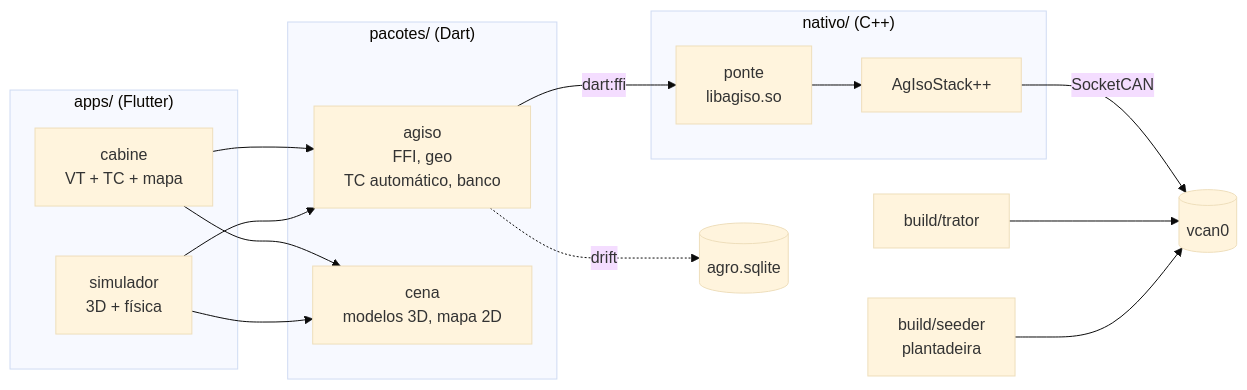
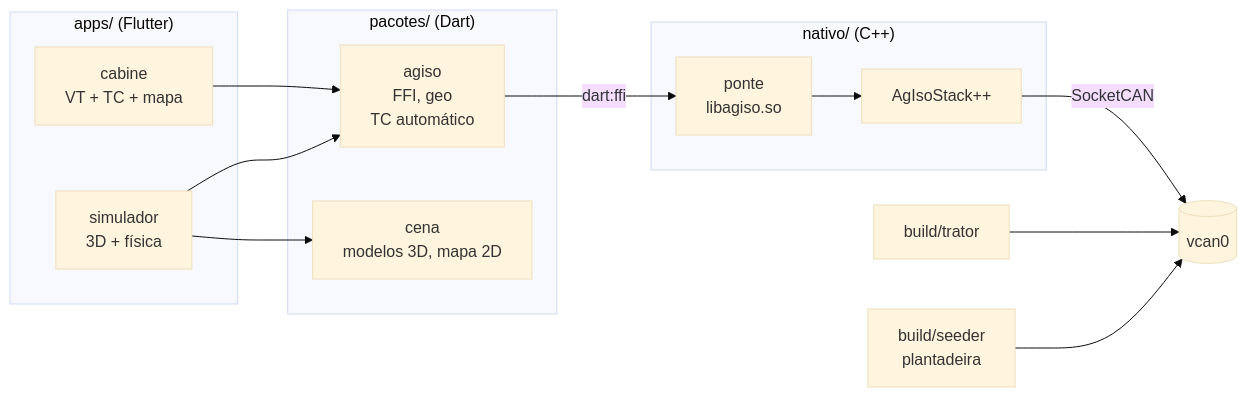
One commit to jmfdev6/devfest-isobus-flutter changed the first of 3 diagrams in docs/arquitetura.md. Above: the diagram before and after it, drawn with Mermaid (base theme). The commit also changed other lines of this file and 27 other files, not shown here.

````diff
--- a/docs/arquitetura.md
+++ b/docs/arquitetura.md
@@ -5,26 +5,23 @@
 ```mermaid
 flowchart LR
     subgraph Flutter["apps/ (Flutter)"]
         CAB[cabine<br/>VT + TC + mapa]
         SIM[simulador<br/>3D + física]
     end
     subgraph Dart["pacotes/ (Dart)"]
-        AG[agiso<br/>FFI, geo<br/>TC automático, banco]
+        AG[agiso<br/>FFI, geo<br/>TC automático]
         CENA[cena<br/>modelos 3D, mapa 2D]
     end
     subgraph Nativo["nativo/ (C++)"]
         PONTE[ponte<br/>libagiso.so]
         STACK[AgIsoStack++]
     end
     CAB --> AG
     SIM --> AG
-    CAB --> CENA
     SIM --> CENA
     AG -- "dart:ffi" --> PONTE
     PONTE --> STACK
     STACK -- SocketCAN --> VCAN[(vcan0)]
     TRATOR[build/trator] --> VCAN
     SEEDER[build/seeder<br/>plantadeira] --> VCAN
-    DB[(agro.sqlite)]
-    AG -. drift .-> DB
 ```
````
